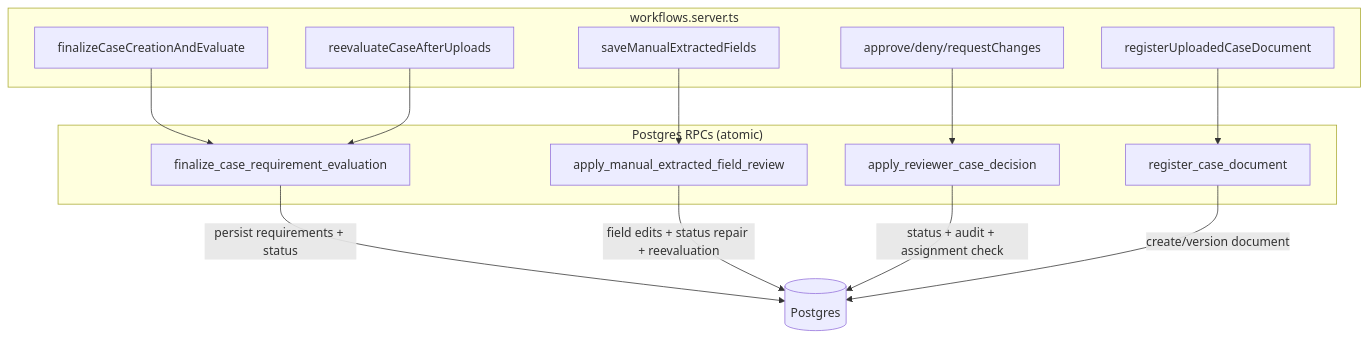
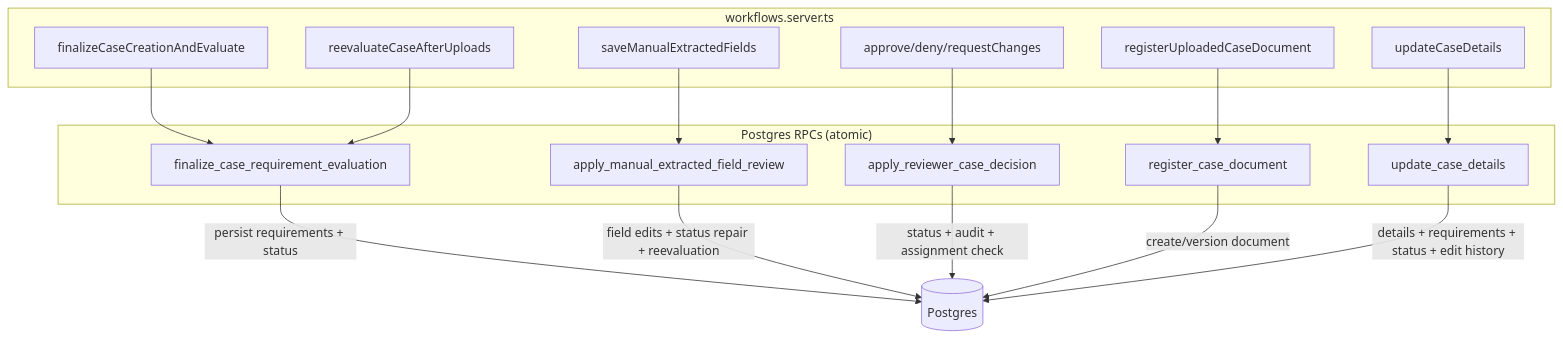
Before and after one commit to rhit-nayeems/visaflow-assistant-main: diagram 13 of 13 in visaflow-assistant-main/ARCHITECTURE.md, drawn with Mermaid. The commit also changed other lines of this file and 71 other files, not shown here.

````diff
--- a/visaflow-assistant-main/ARCHITECTURE.md
+++ b/visaflow-assistant-main/ARCHITECTURE.md
@@ -603,28 +667,32 @@
 ```mermaid
 graph TD
     subgraph JS["workflows.server.ts"]
         F1["finalizeCaseCreationAndEvaluate"]
         F2["reevaluateCaseAfterUploads"]
         F3["saveManualExtractedFields"]
         F4["approve/deny/requestChanges"]
         F5["registerUploadedCaseDocument"]
+        F6["updateCaseDetails"]
     end
 
     subgraph RPCs["Postgres RPCs (atomic)"]
         R1["finalize_case_requirement_evaluation"]
         R2["apply_manual_extracted_field_review"]
         R3["apply_reviewer_case_decision"]
         R4["register_case_document"]
+        R5["update_case_details"]
     end
 
     F1 --> R1
     F2 --> R1
     F3 --> R2
     F4 --> R3
     F5 --> R4
+    F6 --> R5
 
     R1 -->|"persist requirements + status"| DB[("Postgres")]
     R2 -->|"field edits + status repair + reevaluation"| DB
     R3 -->|"status + audit + assignment check"| DB
     R4 -->|"create/version document"| DB
+    R5 -->|"details + requirements + status + edit history"| DB
 ```
````
